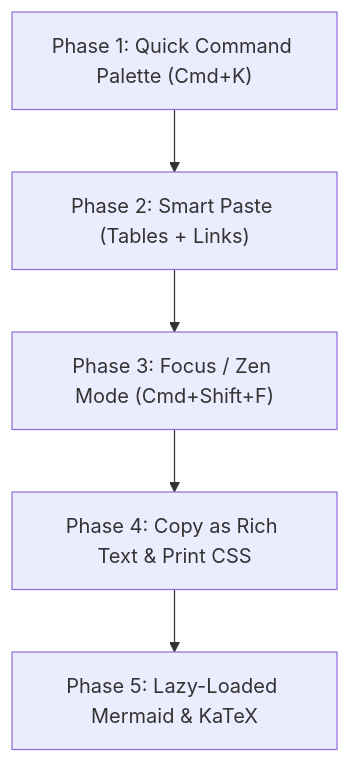
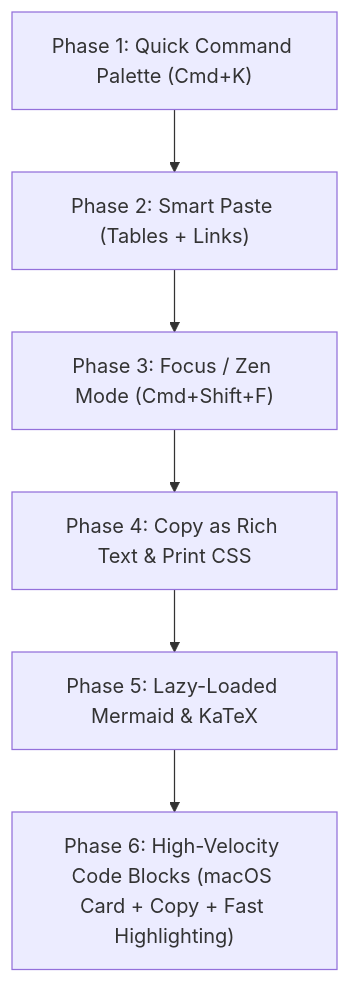
One commit to PranjalDiwedi/WebMdEditor changed the diagram in Roadmap/features_v2.md. Above: the diagram before and after it, drawn with Mermaid. The commit also changed other lines of this file and 14 other files, not shown here.

````diff
--- a/Roadmap/features_v2.md
+++ b/Roadmap/features_v2.md
@@ -126,7 +209,8 @@
 ```mermaid
 graph TD
     A["Phase 1: Quick Command Palette (Cmd+K)"] --> B["Phase 2: Smart Paste (Tables + Links)"]
     B --> C["Phase 3: Focus / Zen Mode (Cmd+Shift+F)"]
     C --> D["Phase 4: Copy as Rich Text & Print CSS"]
     D --> E["Phase 5: Lazy-Loaded Mermaid & KaTeX"]
+    E --> F["Phase 6: High-Velocity Code Blocks (macOS Card + Copy + Fast Highlighting)"]
 ```
````
